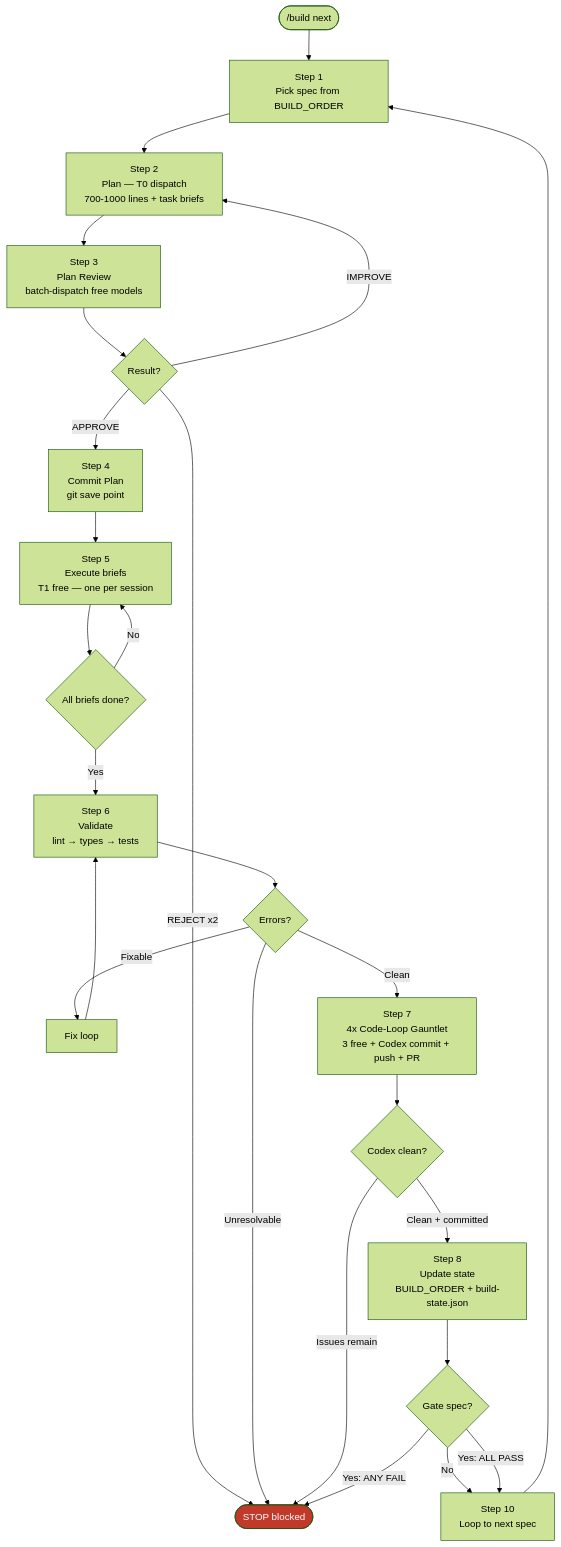
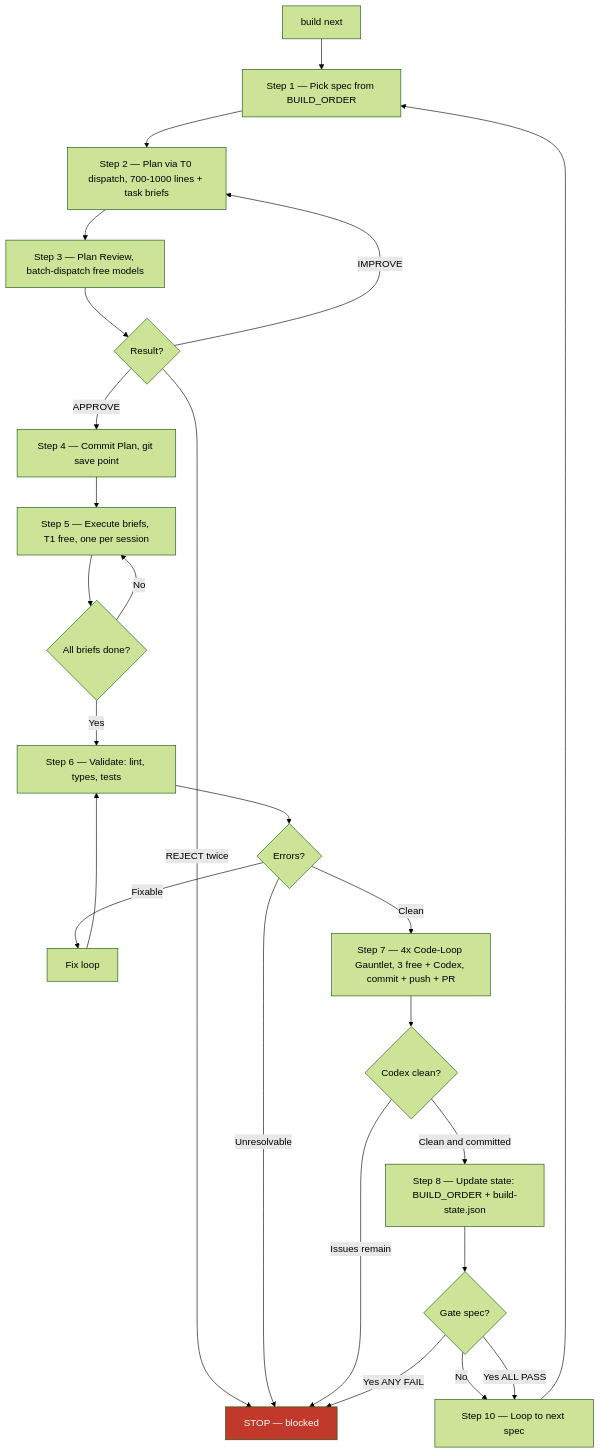
One commit to ryanjosebrosas/autonomous-coding-system-final changed the fourth of 6 diagrams in README.md. Above: the diagram before and after it, drawn with Mermaid (forest theme). The commit also changed other lines of this file, not shown here.

First line of the commit message:
fix(readme): fix Mermaid syntax for GitHub renderer

````diff
--- a/README.md
+++ b/README.md
@@ -266,30 +266,30 @@
 ```mermaid
 flowchart TD
-    START([/build next]) --> S1
+    START[build next] --> S1
 
-    S1[Step 1\nPick spec from BUILD_ORDER] --> S2
-    S2[Step 2\nPlan — T0 dispatch\n700-1000 lines + task briefs] --> S3
-    S3[Step 3\nPlan Review\nbatch-dispatch free models] --> S3R{Result?}
+    S1["Step 1 — Pick spec from BUILD_ORDER"] --> S2
+    S2["Step 2 — Plan via T0 dispatch, 700-1000 lines + task briefs"] --> S3
+    S3["Step 3 — Plan Review, batch-dispatch free models"] --> S3R{Result?}
     S3R -- APPROVE --> S4
     S3R -- IMPROVE --> S2
-    S3R -- REJECT x2 --> BLOCKED([STOP blocked])
-    S4[Step 4\nCommit Plan\ngit save point] --> S5
-    S5[Step 5\nExecute briefs\nT1 free — one per session] --> S5C{All briefs done?}
+    S3R -- REJECT twice --> BLOCKED["STOP — blocked"]
+    S4["Step 4 — Commit Plan, git save point"] --> S5
+    S5["Step 5 — Execute briefs, T1 free, one per session"] --> S5C{All briefs done?}
     S5C -- No --> S5
     S5C -- Yes --> S6
-    S6[Step 6\nValidate\nlint → types → tests] --> S6R{Errors?}
+    S6["Step 6 — Validate: lint, types, tests"] --> S6R{Errors?}
     S6R -- Fixable --> S6FIX[Fix loop] --> S6
     S6R -- Unresolvable --> BLOCKED
     S6R -- Clean --> S7
-    S7[Step 7\n4x Code-Loop Gauntlet\n3 free + Codex commit + push + PR] --> S7R{Codex clean?}
+    S7["Step 7 — 4x Code-Loop Gauntlet, 3 free + Codex, commit + push + PR"] --> S7R{Codex clean?}
     S7R -- Issues remain --> BLOCKED
-    S7R -- Clean + committed --> S8
-    S8[Step 8\nUpdate state\nBUILD_ORDER + build-state.json] --> S9
+    S7R -- Clean and committed --> S8
+    S8["Step 8 — Update state: BUILD_ORDER + build-state.json"] --> S9
     S9{Gate spec?}
     S9 -- No --> S10
-    S9 -- Yes: ALL PASS --> S10
-    S9 -- Yes: ANY FAIL --> BLOCKED
-    S10[Step 10\nLoop to next spec] --> S1
+    S9 -- Yes ALL PASS --> S10
+    S9 -- Yes ANY FAIL --> BLOCKED
+    S10["Step 10 — Loop to next spec"] --> S1
 
     style BLOCKED fill:#c0392b,color:#fff
 ```
````
